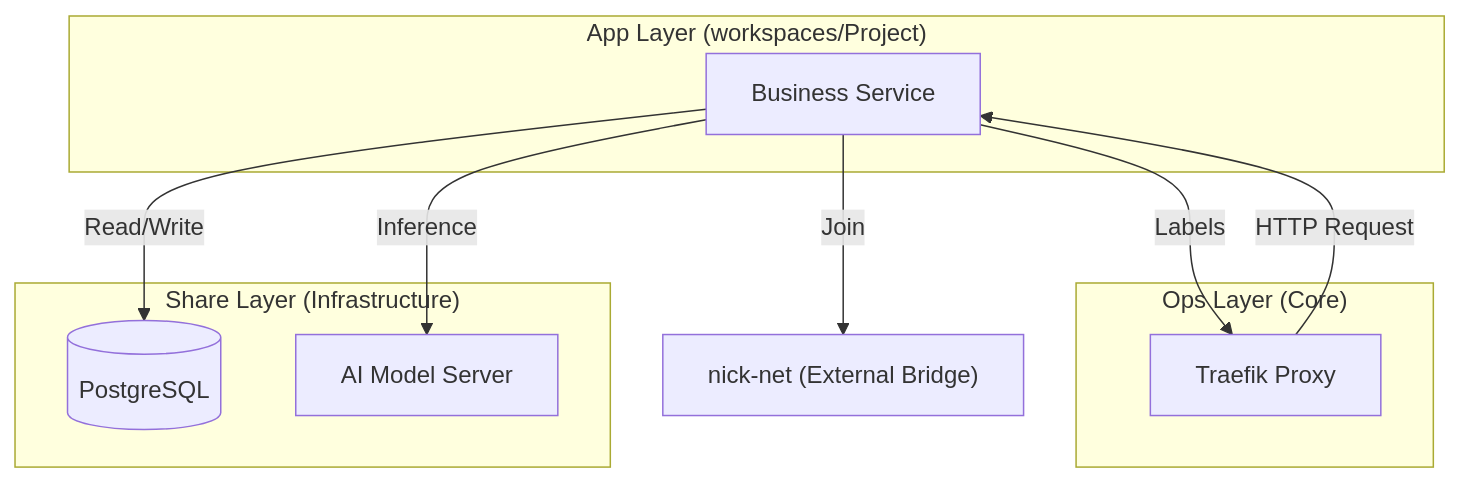
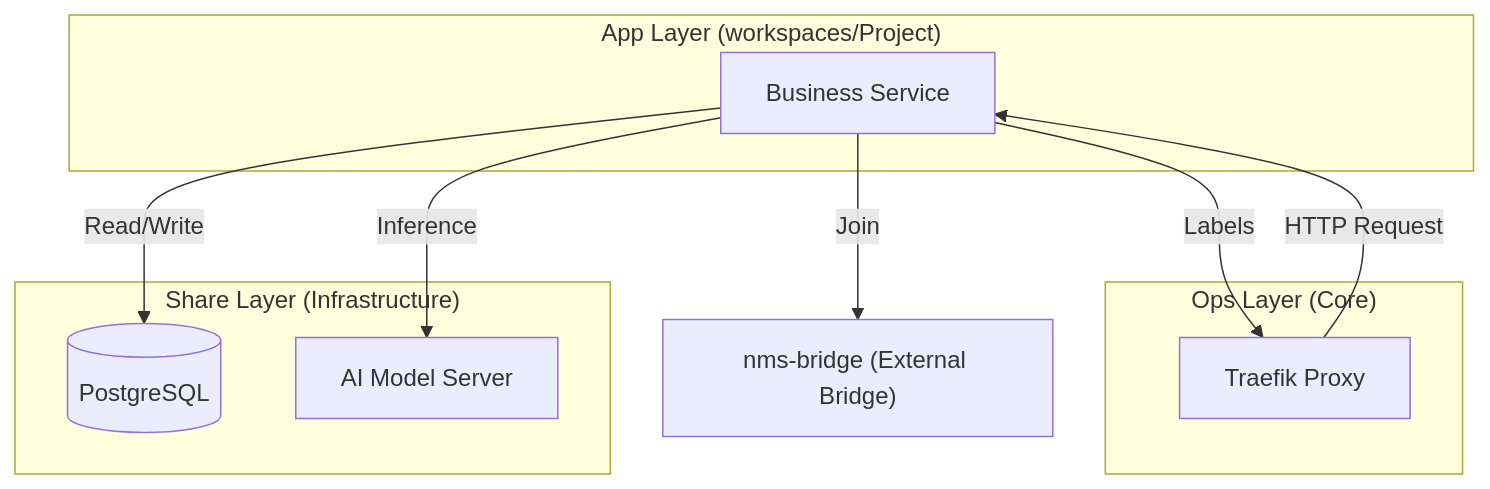
Before and after one commit to QQDDTT/NickManage: the diagram in docs/APP_DESIGN.md, drawn with Mermaid. The commit also changed other lines of this file and 43 other files, not shown here.

Commit message:
feat: Refactor Docker networking from "nms" to "nms-bridge", integrate Traefik routing and rate limiting for dev containers, add new devcontainer and backup scripts, and update documentation. (Excluded large backup files)

````diff
--- a/docs/APP_DESIGN.md
+++ b/docs/APP_DESIGN.md
@@ -36,19 +36,19 @@
 ```mermaid
 graph TD
     subgraph "App Layer (workspaces/Project)"
         A[Business Service]
     end
     subgraph "Ops Layer (Core)"
         T[Traefik Proxy]
     end
     subgraph "Share Layer (Infrastructure)"
         DB[(PostgreSQL)]
         AI[AI Model Server]
     end
 
     A -- "Labels" --> T
     T -- "HTTP Request" --> A
     A -- "Read/Write" --> DB
     A -- "Inference" --> AI
-    A -- "Join" --> nick-net["nick-net (External Bridge)"]
+    A -- "Join" --> nms-bridge["nms-bridge (External Bridge)"]
 ```
````
